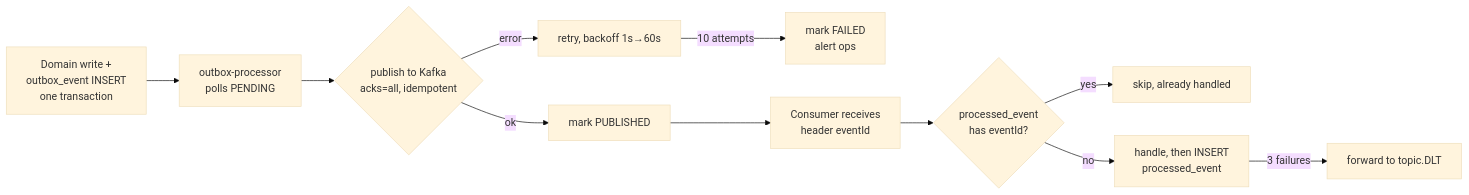
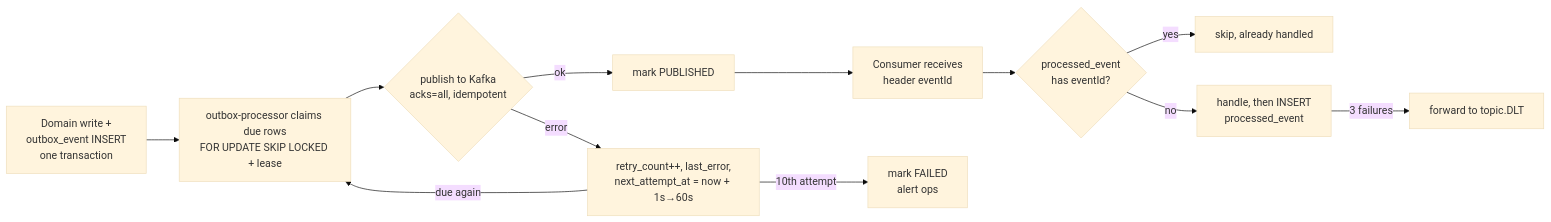
Diagram 13 of 27 in docs/ARCHITECTURE.md (KripaGIT009/home-fix), drawn with Mermaid (base theme) before and after one commit. The commit also changed other lines of this file and 812 other files, not shown here.

First line of the commit message:
Make the job flow work end to end and give the admin portal a back end

````diff
--- a/docs/ARCHITECTURE.md
+++ b/docs/ARCHITECTURE.md
@@ -575,13 +575,14 @@
 ```mermaid
 flowchart LR
-    A["Domain write +<br/>outbox_event INSERT<br/>one transaction"] --> B["outbox-processor<br/>polls PENDING"]
+    A["Domain write +<br/>outbox_event INSERT<br/>one transaction"] --> B["outbox-processor claims due rows<br/>FOR UPDATE SKIP LOCKED + lease"]
     B --> C{"publish to Kafka<br/>acks=all, idempotent"}
     C -->|ok| D["mark PUBLISHED"]
-    C -->|error| E["retry, backoff 1s→60s"]
-    E -->|"10 attempts"| F["mark FAILED<br/>alert ops"]
+    C -->|error| E["retry_count++, last_error,<br/>next_attempt_at = now + 1s→60s"]
+    E -->|"due again"| B
+    E -->|"10th attempt"| F["mark FAILED<br/>alert ops"]
     D --> G["Consumer receives<br/>header eventId"]
     G --> H{"processed_event<br/>has eventId?"}
     H -->|yes| I["skip, already handled"]
     H -->|no| J["handle, then INSERT<br/>processed_event"]
     J -->|"3 failures"| K["forward to topic.DLT"]
 ```
````
